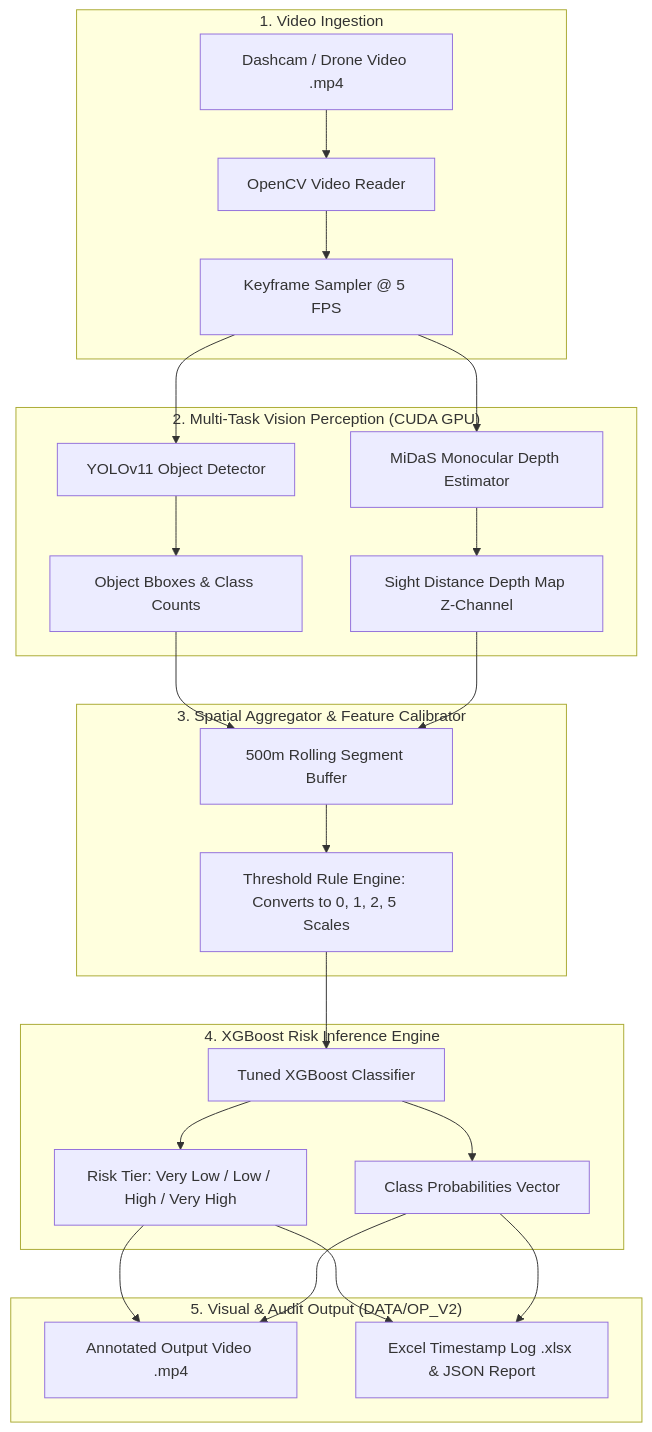
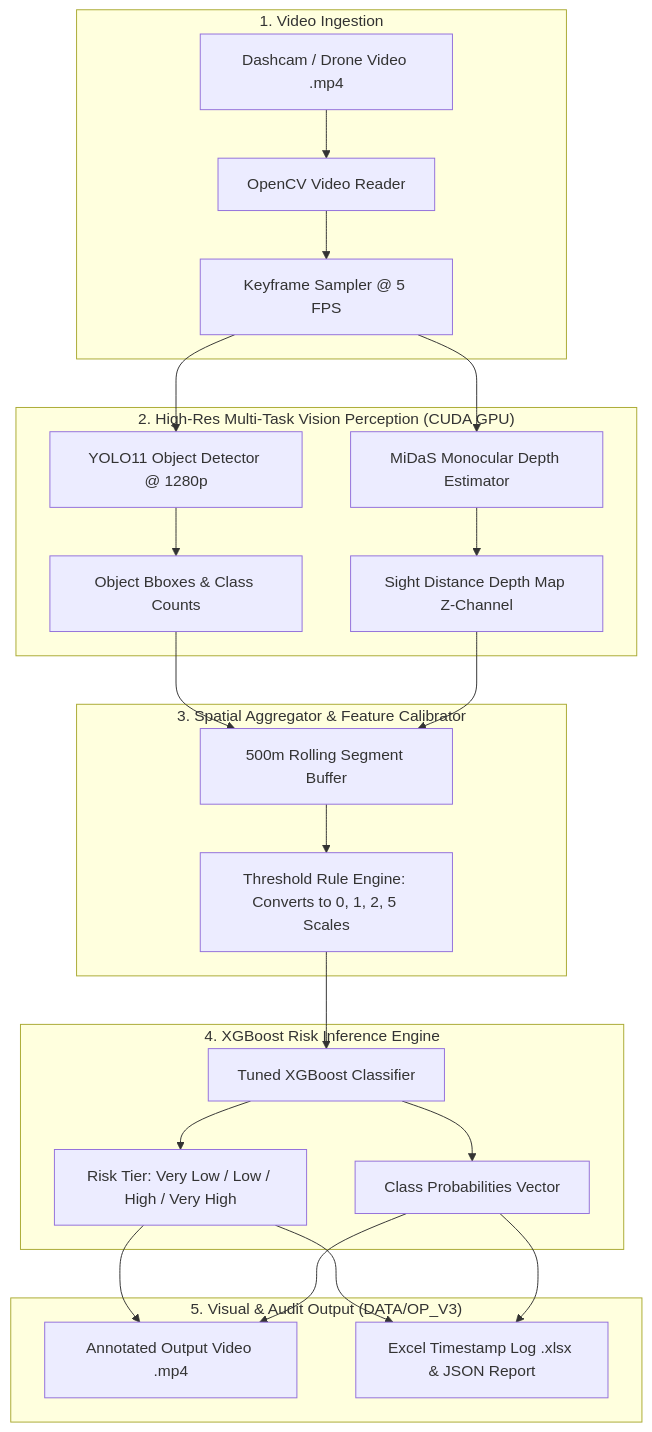
Before and after one commit to SwayamAg/road-safety-vision-ai: the diagram in README.md, drawn with Mermaid. The commit also changed other lines of this file, not shown here.

Commit message:
Update README.md with high-res OP_V3 gold-standard configuration and project structure

````diff
--- a/README.md
+++ b/README.md
@@ -61,30 +63,30 @@
 ```mermaid
 flowchart TB
     subgraph INGESTION["1. Video Ingestion"]
         A1[Dashcam / Drone Video .mp4] --> A2[OpenCV Video Reader]
         A2 --> A3[Keyframe Sampler @ 5 FPS]
     end
 
-    subgraph PERCEPTION["2. Multi-Task Vision Perception (CUDA GPU)"]
-        A3 --> B1[YOLOv11 Object Detector]
+    subgraph PERCEPTION["2. High-Res Multi-Task Vision Perception (CUDA GPU)"]
+        A3 --> B1[YOLO11 Object Detector @ 1280p]
         A3 --> B2[MiDaS Monocular Depth Estimator]
         B1 --> C1[Object Bboxes & Class Counts]
         B2 --> C2[Sight Distance Depth Map Z-Channel]
     end
 
     subgraph CALIBRATION["3. Spatial Aggregator & Feature Calibrator"]
         C1 & C2 --> D1[500m Rolling Segment Buffer]
         D1 --> D2[Threshold Rule Engine: Converts to 0, 1, 2, 5 Scales]
     end
 
     subgraph INFERENCE["4. XGBoost Risk Inference Engine"]
         D2 --> E1[Tuned XGBoost Classifier]
         E1 --> E2["Risk Tier: Very Low / Low / High / Very High"]
         E1 --> E3[Class Probabilities Vector]
     end
 
-    subgraph OUTPUT["5. Visual & Audit Output (DATA/OP_V2)"]
+    subgraph OUTPUT["5. Visual & Audit Output (DATA/OP_V3)"]
         E2 & E3 --> F1[Annotated Output Video .mp4]
         E2 & E3 --> F2[Excel Timestamp Log .xlsx & JSON Report]
     end
 ```
````
